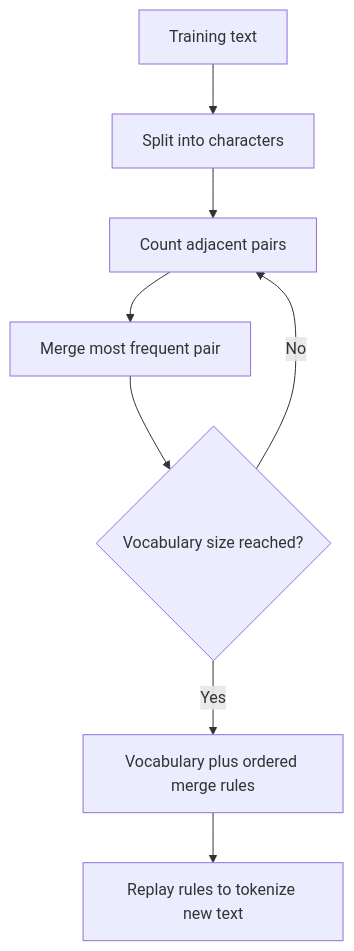
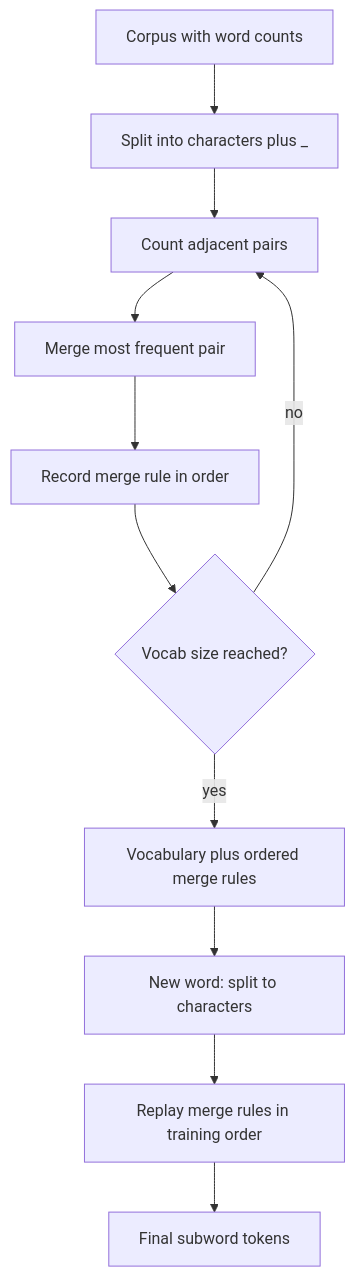
Before and after one commit to kaisarnajar/outcome-school-blogs: the first of 2 diagrams in notes/step-03-generative-ai-and-the-transformer-architecture/049-bpe-in-llms.md, drawn with Mermaid. The commit also changed other lines of this file and 233 other files, not shown here.

````diff
--- a/notes/step-03-generative-ai-and-the-transformer-architecture/049-bpe-in-llms.md
+++ b/notes/step-03-generative-ai-and-the-transformer-architecture/049-bpe-in-llms.md
@@ -36,10 +40,13 @@
 ```mermaid
 flowchart TD
-    A["Training text"] --> B["Split into characters"]
-    B --> C["Count adjacent pairs"]
-    C --> D["Merge most frequent pair"]
-    D --> E{"Vocabulary size reached?"}
-    E -->|"No"| C
-    E -->|"Yes"| F["Vocabulary plus ordered merge rules"]
-    F --> G["Replay rules to tokenize new text"]
+    A1["Corpus with word counts"] --> A2["Split into characters plus _"]
+    A2 --> A3["Count adjacent pairs"]
+    A3 --> A4["Merge most frequent pair"]
+    A4 --> A5["Record merge rule in order"]
+    A5 --> A6{"Vocab size reached?"}
+    A6 -->|"no"| A3
+    A6 -->|"yes"| A7["Vocabulary plus ordered merge rules"]
+    A7 --> A8["New word: split to characters"]
+    A8 --> A9["Replay merge rules in training order"]
+    A9 --> A10["Final subword tokens"]
 ```
````
